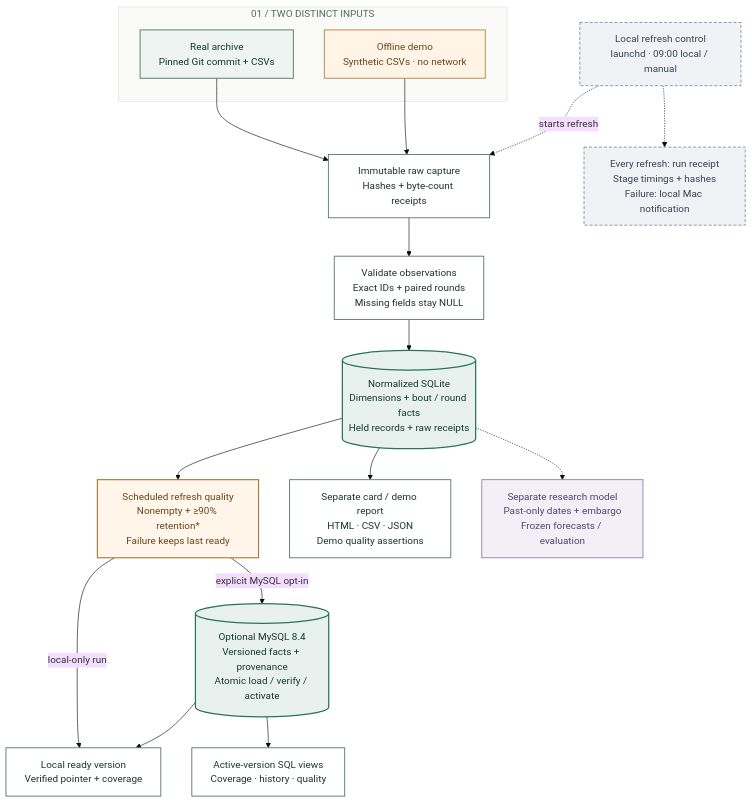
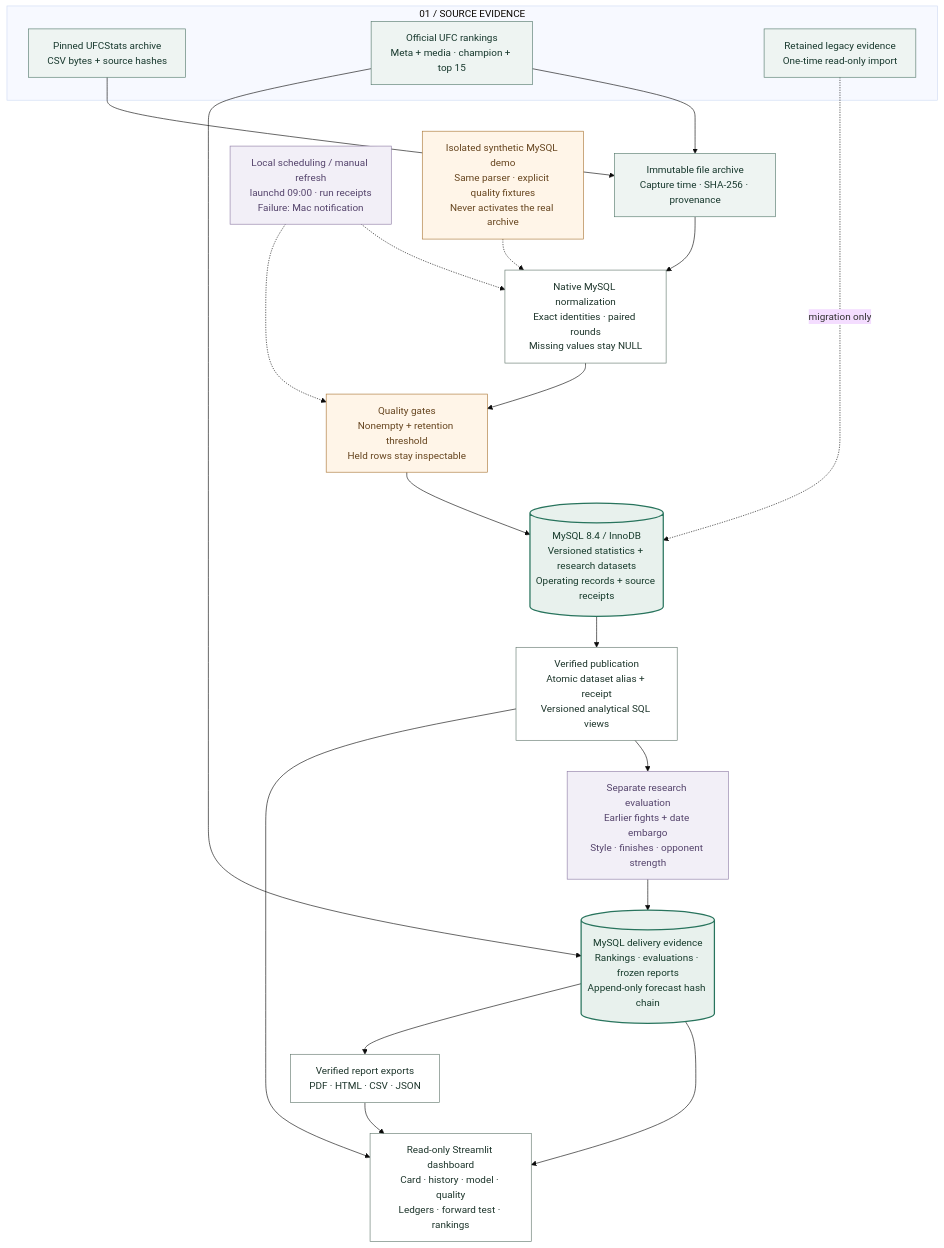
The diagram in docs/diagrams/statistics-pipeline.mmd (tylerdobson/UFC-Prediction-Model), drawn with Mermaid (base theme) before and after one commit. The commit also changed 82 other files, not shown here.

Commit message:
Make MySQL the default runtime and complete dashboard evidence

```diff
--- a/docs/diagrams/statistics-pipeline.mmd
+++ b/docs/diagrams/statistics-pipeline.mmd
@@ -1,53 +1,41 @@
-%% Reproducible source for statistics-pipeline.svg and statistics-pipeline.png.
-%% Solid arrows: data / published artifacts. Dashed arrows: control or separate use.
+%% Editable source for the committed SVG and PNG.
 flowchart TB
-    accTitle: UFC Forecast statistics pipeline
-    accDescr: A local batch pipeline accepts a pinned real archive or labeled offline synthetic fixtures, verifies raw hashes, validates identities and paired rounds, and normalizes SQLite facts and held gaps. Scheduled refreshes apply nonempty and retention gates, optionally publish MySQL, then activate a local ready pointer. Separate report and research invocations read SQLite; the offline demo asserts its own expected quality gaps and the research model uses strictly earlier observations. Local launchd scheduling and run receipts provide operational evidence without claiming continuous uptime.
-
-    subgraph INPUTS["01 / TWO DISTINCT INPUTS"]
-        REAL["Real archive<br/>Pinned Git commit + CSVs"]
-        DEMO["Offline demo<br/>Synthetic CSVs · no network"]
+    accTitle: UFC Forecast MySQL architecture
+    accDescr: Immutable source captures normalize directly into versioned MySQL datasets. Quality checks precede activation. Native operating records, research data, published rankings, forecasts and append-only forward ledgers remain separate. Streamlit reads committed MySQL evidence and verified report exports. Scheduled refreshes retain run receipts and notify on failures.
+    subgraph SOURCES["01 / SOURCE EVIDENCE"]
+        ARCHIVE["Pinned UFCStats archive<br/>CSV bytes + source hashes"]
+        RANKINGS["Official UFC rankings<br/>Meta + media · champion + top 15"]
+        LEGACY["Retained legacy evidence<br/>One-time read-only import"]
     end
-
-    RAW["Immutable raw capture<br/>Hashes + byte-count receipts"]
-    VALIDATE["Validate observations<br/>Exact IDs + paired rounds<br/>Missing fields stay NULL"]
-    SQLITE[("Normalized SQLite<br/>Dimensions + bout / round facts<br/>Held records + raw receipts")]
-    GATE["Scheduled refresh quality<br/>Nonempty + ≥90% retention*<br/>Failure keeps last ready"]
-
-    READY["Local ready version<br/>Verified pointer + coverage"]
-    REPORTS["Separate card / demo report<br/>HTML · CSV · JSON<br/>Demo quality assertions"]
-    MYSQL[("Optional MySQL 8.4<br/>Versioned facts + provenance<br/>Atomic load / verify / activate")]
-    VIEWS["Active-version SQL views<br/>Coverage · history · quality"]
-    MODEL["Separate research model<br/>Past-only dates + embargo<br/>Frozen forecasts / evaluation"]
-
-    OPS["Local refresh control<br/>launchd · 09:00 local / manual"]
-    RECEIPTS["Every refresh: run receipt<br/>Stage timings + hashes<br/>Failure: local Mac notification"]
-
-    REAL --> RAW
-    DEMO --> RAW
-    RAW --> VALIDATE --> SQLITE
-    SQLITE --> GATE
-    SQLITE --> REPORTS
-    SQLITE -.-> MODEL
-    GATE -->|local-only run| READY
-    GATE -->|explicit MySQL opt-in| MYSQL
-    MYSQL --> READY
-    MYSQL --> VIEWS
-    OPS -.->|starts refresh| RAW
-    OPS -.-> RECEIPTS
-
-    classDef source fill:#eef4f2,stroke:#54796c,color:#17382d,stroke-width:1.5px;
-    classDef synthetic fill:#fff4e5,stroke:#b78a47,color:#66451f,stroke-width:1.5px;
-    classDef process fill:#ffffff,stroke:#63786e,color:#1d352b,stroke-width:1.5px;
+    RAW["Immutable file archive<br/>Capture time · SHA-256 · provenance"]
+    BUILD["Native MySQL normalization<br/>Exact identities · paired rounds<br/>Missing values stay NULL"]
+    GATE["Quality gates<br/>Nonempty + retention threshold<br/>Held rows stay inspectable"]
+    MYSQL[("MySQL 8.4 / InnoDB<br/>Versioned statistics + research datasets<br/>Operating records + source receipts")]
+    PUBLISH["Verified publication<br/>Atomic dataset alias + receipt<br/>Versioned analytical SQL views"]
+    DELIVERY[("MySQL delivery evidence<br/>Rankings · evaluations · frozen reports<br/>Append-only forecast hash chain")]
+    MODEL["Separate research evaluation<br/>Earlier fights + date embargo<br/>Style · finishes · opponent strength"]
+    APP["Read-only Streamlit dashboard<br/>Card · history · model · quality<br/>Ledgers · forward test · rankings"]
+    FILES["Verified report exports<br/>PDF · HTML · CSV · JSON"]
+    OPS["Local scheduling / manual refresh<br/>launchd 09:00 · run receipts<br/>Failure: Mac notification"]
+    DEMO["Isolated synthetic MySQL demo<br/>Same parser · explicit quality fixtures<br/>Never activates the real archive"]
+    ARCHIVE --> RAW --> BUILD --> GATE --> MYSQL --> PUBLISH
+    LEGACY -.->|migration only| MYSQL
+    RANKINGS --> RAW
+    RANKINGS --> DELIVERY
+    PUBLISH --> MODEL --> DELIVERY
+    PUBLISH --> APP
+    DELIVERY --> APP
+    DELIVERY --> FILES --> APP
+    OPS -.-> BUILD
+    OPS -.-> GATE
+    DEMO -.-> BUILD
+    classDef source fill:#eef4f2,stroke:#54796c,color:#17382d;
+    classDef process fill:#fff,stroke:#63786e,color:#1d352b;
     classDef store fill:#e8f1ed,stroke:#28745d,color:#173b2c,stroke-width:2px;
-    classDef quality fill:#fff5e8,stroke:#aa7636,color:#66451f,stroke-width:1.8px;
-    classDef ops fill:#f0f2f5,stroke:#788697,color:#354457,stroke-width:1.3px,stroke-dasharray:5 3;
-    classDef research fill:#f2eff7,stroke:#8e7da6,color:#55446c,stroke-width:1.4px;
-    class REAL source;
-    class DEMO synthetic;
-    class RAW,VALIDATE,READY,REPORTS,VIEWS process;
-    class SQLITE,MYSQL store;
-    class GATE quality;
-    class OPS,RECEIPTS ops;
-    class MODEL research;
-    style INPUTS fill:#fafbf9,stroke:#d7e1db,stroke-width:1px,color:#53695e
+    classDef gate fill:#fff5e8,stroke:#aa7636,color:#66451f;
+    classDef research fill:#f2eff7,stroke:#8e7da6,color:#55446c;
+    class ARCHIVE,RANKINGS,LEGACY,RAW source;
+    class BUILD,PUBLISH,APP,FILES process;
+    class MYSQL,DELIVERY store;
+    class GATE,DEMO gate;
+    class MODEL,OPS research;
```
